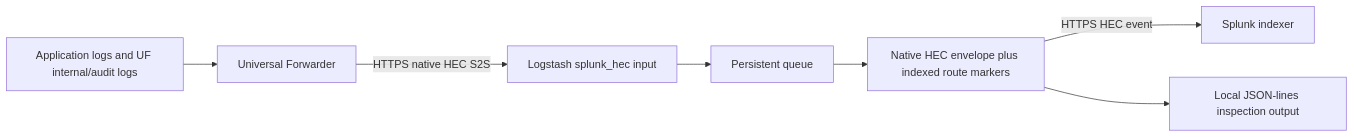
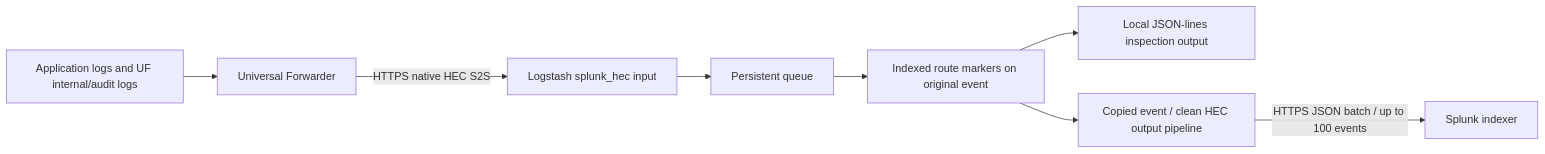
One commit to mingsorg/logstash-input-splunk_hec changed the diagram in docker/test-lab/README.md. Above: the diagram before and after it, drawn with Mermaid. The commit also changed other lines of this file and 5 other files, not shown here.

Commit message:
Batch Splunk HEC output in groups of up to 100 events

````diff
--- a/docker/test-lab/README.md
+++ b/docker/test-lab/README.md
@@ -17,9 +17,10 @@
 ```mermaid
 flowchart LR
     Files[Application logs and UF internal/audit logs] --> UF[Universal Forwarder]
     UF -->|HTTPS native HEC S2S| LS[Logstash splunk_hec input]
     LS --> PQ[Persistent queue]
-    PQ --> Filter[Native HEC envelope plus indexed route markers]
-    Filter -->|HTTPS HEC event| IDX[Splunk indexer]
+    PQ --> Filter[Indexed route markers on original event]
     Filter --> Local[Local JSON-lines inspection output]
+    Filter --> Copy[Copied event / clean HEC output pipeline]
+    Copy -->|HTTPS JSON batch / up to 100 events| IDX[Splunk indexer]
 ```
````
